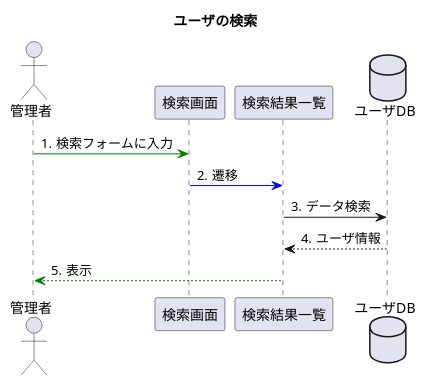
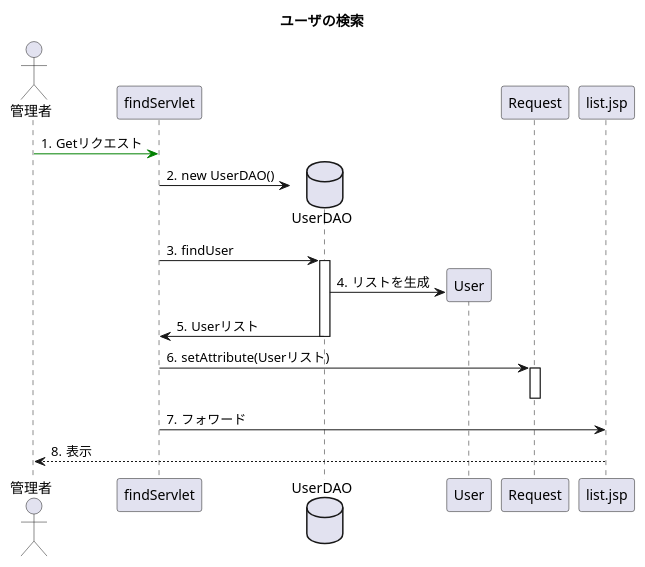
One commit to toufu66/ProjectC changed the diagram in uml_detail/seq_find.pu. Above: the diagram before and after it, drawn with PlantUML.

Commit message:
詳細設計シーケンス図 ユーザ検索

```diff
--- a/uml_detail/seq_find.pu
+++ b/uml_detail/seq_find.pu
@@ -1,18 +1,25 @@
 @startuml
 title ユーザの検索
 
 autonumber "#."
 
 actor 管理者
-participant 検索画面
-participant 検索結果一覧
-database ユーザDB
+participant findServlet
 
 
-管理者 -[#green]> 検索画面:検索フォームに入力
-検索画面 -[#blue]> 検索結果一覧:遷移
-検索結果一覧 -> ユーザDB:データ検索
-ユーザDB --> 検索結果一覧:ユーザ情報
+database UserDAO
+participant User
 
-検索結果一覧 --[#green]> 管理者:表示
+
+管理者 -[#green]> findServlet:Getリクエスト
+findServlet -> UserDAO**:new UserDAO()
+findServlet -> UserDAO++:findUser
+UserDAO -> User**:リストを生成
+UserDAO -> findServlet--:Userリスト
+findServlet -> Request++:setAttribute(Userリスト)
+Request--
+findServlet -> list.jsp:フォワード
+list.jsp --> 管理者:表示
+
+
 @enduml
```
